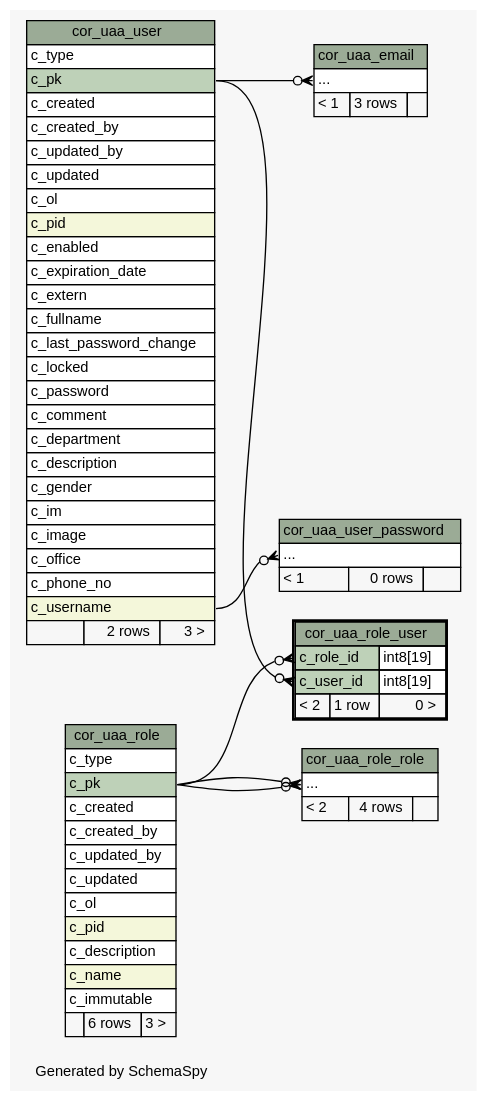
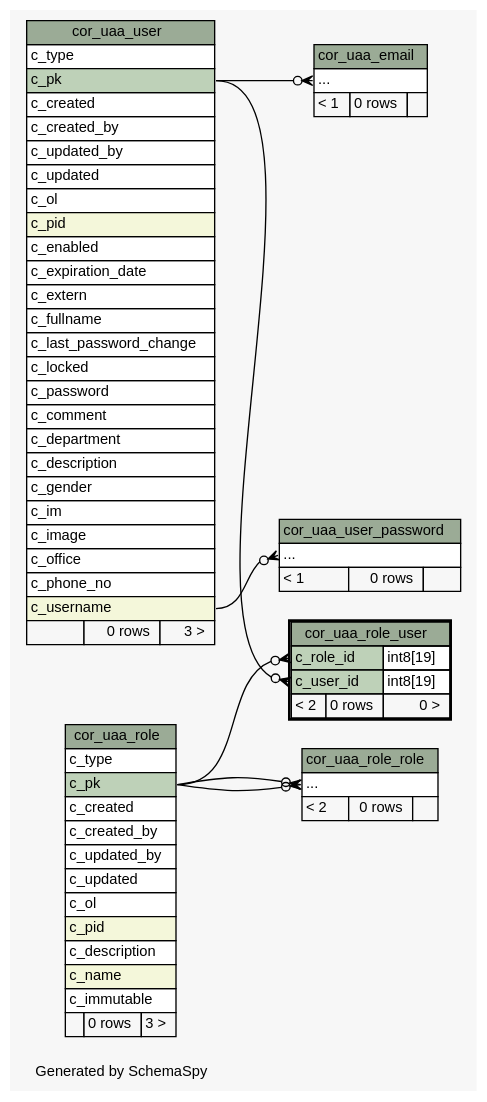
The diagram in 2.0.0-SNAPSHOT/schemaspy/diagrams/cor_uaa_role_user.2degrees.dot (openwms/org.openwms.core.uaa), drawn with Graphviz before and after one commit. The commit also changed 242 other files, not shown here.

```diff
--- a/2.0.0-SNAPSHOT/schemaspy/diagrams/cor_uaa_role_user.2degrees.dot
+++ b/2.0.0-SNAPSHOT/schemaspy/diagrams/cor_uaa_role_user.2degrees.dot
@@ -1,122 +1,122 @@
-// dot 2.43.0 on Linux 6.2.0-1012-azure
+// dot 2.43.0 on Linux 6.2.0-1018-azure
 // SchemaSpy rev Unknown
 digraph "twoDegreesRelationshipsDiagram" {
   graph [
     rankdir="RL"
     bgcolor="#f7f7f7"
     label="\nGenerated by SchemaSpy"
     labeljust="l"
     nodesep="0.18"
     ranksep="0.46"
     fontname="Helvetica"
     fontsize="11"
   ];
   node [
     fontname="Helvetica"
     fontsize="11"
     shape="plaintext"
   ];
   edge [
     arrowsize="0.8"
   ];
   "cor_uaa_email":"elipses":w -> "cor_uaa_user":"c_pk":e [arrowhead=none dir=back arrowtail=crowodot];
   "cor_uaa_role_role":"elipses":w -> "cor_uaa_role":"c_pk":e [arrowhead=none dir=back arrowtail=crowodot];
   "cor_uaa_role_role":"elipses":w -> "cor_uaa_role":"c_pk":e [arrowhead=none dir=back arrowtail=crowodot];
   "cor_uaa_role_user":"c_role_id":w -> "cor_uaa_role":"c_pk":e [arrowhead=none dir=back arrowtail=crowodot];
   "cor_uaa_role_user":"c_user_id":w -> "cor_uaa_user":"c_pk":e [arrowhead=none dir=back arrowtail=crowodot];
   "cor_uaa_user_password":"elipses":w -> "cor_uaa_user":"c_username":e [arrowhead=none dir=back arrowtail=crowodot];
   "cor_uaa_email" [
     label=<
     <TABLE BORDER="0" CELLBORDER="1" CELLSPACING="0" BGCOLOR="#ffffff">
       <TR><TD COLSPAN="3" BGCOLOR="#9bab96" ALIGN="CENTER">cor_uaa_email</TD></TR>
       <TR><TD PORT="elipses" COLSPAN="3" ALIGN="LEFT">...</TD></TR>
-      <TR><TD ALIGN="LEFT" BGCOLOR="#f7f7f7">&lt; 1</TD><TD ALIGN="RIGHT" BGCOLOR="#f7f7f7">3 rows</TD><TD ALIGN="RIGHT" BGCOLOR="#f7f7f7">  </TD></TR>
+      <TR><TD ALIGN="LEFT" BGCOLOR="#f7f7f7">&lt; 1</TD><TD ALIGN="RIGHT" BGCOLOR="#f7f7f7">0 rows</TD><TD ALIGN="RIGHT" BGCOLOR="#f7f7f7">  </TD></TR>
     </TABLE>>
     URL="cor_uaa_email.html"
     tooltip="cor_uaa_email"
   ];
   "cor_uaa_role" [
     label=<
     <TABLE BORDER="0" CELLBORDER="1" CELLSPACING="0" BGCOLOR="#ffffff">
       <TR><TD COLSPAN="3" BGCOLOR="#9bab96" ALIGN="CENTER">cor_uaa_role</TD></TR>
       <TR><TD PORT="c_type" COLSPAN="3" ALIGN="LEFT">c_type</TD></TR>
       <TR><TD PORT="c_pk" COLSPAN="3" BGCOLOR="#bed1b8" ALIGN="LEFT">c_pk</TD></TR>
       <TR><TD PORT="c_created" COLSPAN="3" ALIGN="LEFT">c_created</TD></TR>
       <TR><TD PORT="c_created_by" COLSPAN="3" ALIGN="LEFT">c_created_by</TD></TR>
       <TR><TD PORT="c_updated_by" COLSPAN="3" ALIGN="LEFT">c_updated_by</TD></TR>
       <TR><TD PORT="c_updated" COLSPAN="3" ALIGN="LEFT">c_updated</TD></TR>
       <TR><TD PORT="c_ol" COLSPAN="3" ALIGN="LEFT">c_ol</TD></TR>
       <TR><TD PORT="c_pid" COLSPAN="3" BGCOLOR="#f4f7da" ALIGN="LEFT">c_pid</TD></TR>
       <TR><TD PORT="c_description" COLSPAN="3" ALIGN="LEFT">c_description</TD></TR>
       <TR><TD PORT="c_name" COLSPAN="3" BGCOLOR="#f4f7da" ALIGN="LEFT">c_name</TD></TR>
       <TR><TD PORT="c_immutable" COLSPAN="3" ALIGN="LEFT">c_immutable</TD></TR>
-      <TR><TD ALIGN="LEFT" BGCOLOR="#f7f7f7">  </TD><TD ALIGN="RIGHT" BGCOLOR="#f7f7f7">6 rows</TD><TD ALIGN="RIGHT" BGCOLOR="#f7f7f7">3 &gt;</TD></TR>
+      <TR><TD ALIGN="LEFT" BGCOLOR="#f7f7f7">  </TD><TD ALIGN="RIGHT" BGCOLOR="#f7f7f7">0 rows</TD><TD ALIGN="RIGHT" BGCOLOR="#f7f7f7">3 &gt;</TD></TR>
     </TABLE>>
     URL="cor_uaa_role.html"
     tooltip="cor_uaa_role"
   ];
   "cor_uaa_role_role" [
     label=<
     <TABLE BORDER="0" CELLBORDER="1" CELLSPACING="0" BGCOLOR="#ffffff">
       <TR><TD COLSPAN="3" BGCOLOR="#9bab96" ALIGN="CENTER">cor_uaa_role_role</TD></TR>
       <TR><TD PORT="elipses" COLSPAN="3" ALIGN="LEFT">...</TD></TR>
-      <TR><TD ALIGN="LEFT" BGCOLOR="#f7f7f7">&lt; 2</TD><TD ALIGN="RIGHT" BGCOLOR="#f7f7f7">4 rows</TD><TD ALIGN="RIGHT" BGCOLOR="#f7f7f7">  </TD></TR>
+      <TR><TD ALIGN="LEFT" BGCOLOR="#f7f7f7">&lt; 2</TD><TD ALIGN="RIGHT" BGCOLOR="#f7f7f7">0 rows</TD><TD ALIGN="RIGHT" BGCOLOR="#f7f7f7">  </TD></TR>
     </TABLE>>
     URL="cor_uaa_role_role.html"
     tooltip="cor_uaa_role_role"
   ];
   "cor_uaa_role_user" [
     label=<
     <TABLE BORDER="2" CELLBORDER="1" CELLSPACING="0" BGCOLOR="#ffffff">
       <TR><TD COLSPAN="3" BGCOLOR="#9bab96" ALIGN="CENTER">cor_uaa_role_user</TD></TR>
       <TR><TD PORT="c_role_id" COLSPAN="2" BGCOLOR="#bed1b8" ALIGN="LEFT">c_role_id</TD><TD PORT="c_role_id.type" ALIGN="LEFT">int8[19]</TD></TR>
       <TR><TD PORT="c_user_id" COLSPAN="2" BGCOLOR="#bed1b8" ALIGN="LEFT">c_user_id</TD><TD PORT="c_user_id.type" ALIGN="LEFT">int8[19]</TD></TR>
-      <TR><TD ALIGN="LEFT" BGCOLOR="#f7f7f7">&lt; 2</TD><TD ALIGN="RIGHT" BGCOLOR="#f7f7f7">1 row</TD><TD ALIGN="RIGHT" BGCOLOR="#f7f7f7">0 &gt;</TD></TR>
+      <TR><TD ALIGN="LEFT" BGCOLOR="#f7f7f7">&lt; 2</TD><TD ALIGN="RIGHT" BGCOLOR="#f7f7f7">0 rows</TD><TD ALIGN="RIGHT" BGCOLOR="#f7f7f7">0 &gt;</TD></TR>
     </TABLE>>
     URL="cor_uaa_role_user.html"
     tooltip="cor_uaa_role_user"
   ];
   "cor_uaa_user" [
     label=<
     <TABLE BORDER="0" CELLBORDER="1" CELLSPACING="0" BGCOLOR="#ffffff">
       <TR><TD COLSPAN="3" BGCOLOR="#9bab96" ALIGN="CENTER">cor_uaa_user</TD></TR>
       <TR><TD PORT="c_type" COLSPAN="3" ALIGN="LEFT">c_type</TD></TR>
       <TR><TD PORT="c_pk" COLSPAN="3" BGCOLOR="#bed1b8" ALIGN="LEFT">c_pk</TD></TR>
       <TR><TD PORT="c_created" COLSPAN="3" ALIGN="LEFT">c_created</TD></TR>
       <TR><TD PORT="c_created_by" COLSPAN="3" ALIGN="LEFT">c_created_by</TD></TR>
       <TR><TD PORT="c_updated_by" COLSPAN="3" ALIGN="LEFT">c_updated_by</TD></TR>
       <TR><TD PORT="c_updated" COLSPAN="3" ALIGN="LEFT">c_updated</TD></TR>
       <TR><TD PORT="c_ol" COLSPAN="3" ALIGN="LEFT">c_ol</TD></TR>
       <TR><TD PORT="c_pid" COLSPAN="3" BGCOLOR="#f4f7da" ALIGN="LEFT">c_pid</TD></TR>
       <TR><TD PORT="c_enabled" COLSPAN="3" ALIGN="LEFT">c_enabled</TD></TR>
       <TR><TD PORT="c_expiration_date" COLSPAN="3" ALIGN="LEFT">c_expiration_date</TD></TR>
       <TR><TD PORT="c_extern" COLSPAN="3" ALIGN="LEFT">c_extern</TD></TR>
       <TR><TD PORT="c_fullname" COLSPAN="3" ALIGN="LEFT">c_fullname</TD></TR>
       <TR><TD PORT="c_last_password_change" COLSPAN="3" ALIGN="LEFT">c_last_password_change</TD></TR>
       <TR><TD PORT="c_locked" COLSPAN="3" ALIGN="LEFT">c_locked</TD></TR>
       <TR><TD PORT="c_password" COLSPAN="3" ALIGN="LEFT">c_password</TD></TR>
       <TR><TD PORT="c_comment" COLSPAN="3" ALIGN="LEFT">c_comment</TD></TR>
       <TR><TD PORT="c_department" COLSPAN="3" ALIGN="LEFT">c_department</TD></TR>
       <TR><TD PORT="c_description" COLSPAN="3" ALIGN="LEFT">c_description</TD></TR>
       <TR><TD PORT="c_gender" COLSPAN="3" ALIGN="LEFT">c_gender</TD></TR>
       <TR><TD PORT="c_im" COLSPAN="3" ALIGN="LEFT">c_im</TD></TR>
       <TR><TD PORT="c_image" COLSPAN="3" ALIGN="LEFT">c_image</TD></TR>
       <TR><TD PORT="c_office" COLSPAN="3" ALIGN="LEFT">c_office</TD></TR>
       <TR><TD PORT="c_phone_no" COLSPAN="3" ALIGN="LEFT">c_phone_no</TD></TR>
       <TR><TD PORT="c_username" COLSPAN="3" BGCOLOR="#f4f7da" ALIGN="LEFT">c_username</TD></TR>
-      <TR><TD ALIGN="LEFT" BGCOLOR="#f7f7f7">  </TD><TD ALIGN="RIGHT" BGCOLOR="#f7f7f7">2 rows</TD><TD ALIGN="RIGHT" BGCOLOR="#f7f7f7">3 &gt;</TD></TR>
+      <TR><TD ALIGN="LEFT" BGCOLOR="#f7f7f7">  </TD><TD ALIGN="RIGHT" BGCOLOR="#f7f7f7">0 rows</TD><TD ALIGN="RIGHT" BGCOLOR="#f7f7f7">3 &gt;</TD></TR>
     </TABLE>>
     URL="cor_uaa_user.html"
     tooltip="cor_uaa_user"
   ];
   "cor_uaa_user_password" [
     label=<
     <TABLE BORDER="0" CELLBORDER="1" CELLSPACING="0" BGCOLOR="#ffffff">
       <TR><TD COLSPAN="3" BGCOLOR="#9bab96" ALIGN="CENTER">cor_uaa_user_password</TD></TR>
       <TR><TD PORT="elipses" COLSPAN="3" ALIGN="LEFT">...</TD></TR>
       <TR><TD ALIGN="LEFT" BGCOLOR="#f7f7f7">&lt; 1</TD><TD ALIGN="RIGHT" BGCOLOR="#f7f7f7">0 rows</TD><TD ALIGN="RIGHT" BGCOLOR="#f7f7f7">  </TD></TR>
     </TABLE>>
     URL="cor_uaa_user_password.html"
     tooltip="cor_uaa_user_password"
   ];
 }
```
